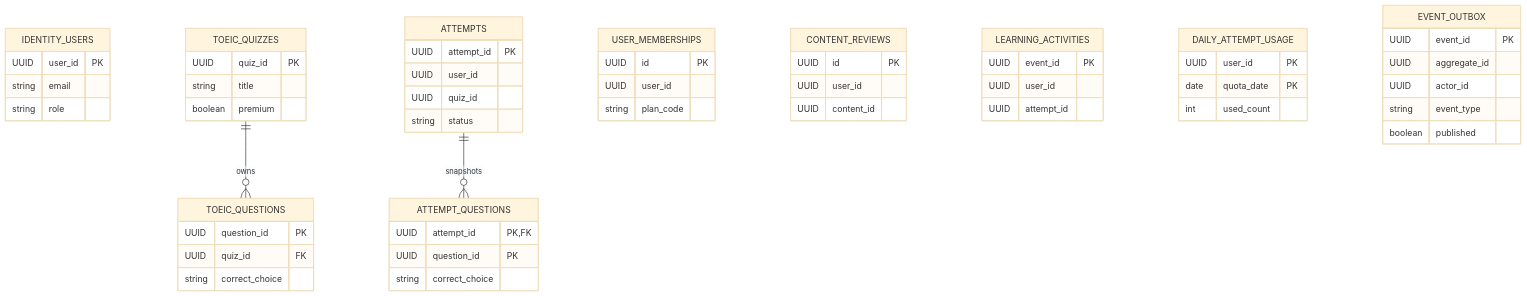
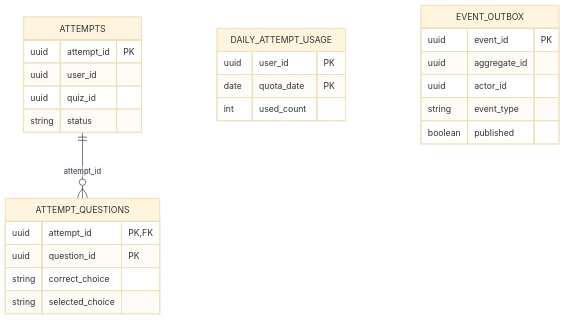
Before and after one commit to chienvoxn/toeic-learning-platform-microservices: the fourth of 6 diagrams in docs/REPORT_TEMPLATE.md, drawn with Mermaid (base theme). The commit also changed other lines of this file and 3 other files, not shown here.

Commit message:
docs(architecture): complete ADD QAS C4 ERD RBAC and QA03 sequence

````diff
--- a/docs/REPORT_TEMPLATE.md
+++ b/docs/REPORT_TEMPLATE.md
@@ -50,38 +134,28 @@
 ```mermaid
 erDiagram
- IDENTITY_USERS { UUID user_id PK
-   string email
-   string role }
- TOEIC_QUIZZES { UUID quiz_id PK
-   string title
-   boolean premium }
- TOEIC_QUESTIONS { UUID question_id PK
-   UUID quiz_id FK
-   string correct_choice }
- ATTEMPTS { UUID attempt_id PK
-   UUID user_id
-   UUID quiz_id
-   string status }
- ATTEMPT_QUESTIONS { UUID attempt_id PK,FK
-   UUID question_id PK
-   string correct_choice }
- USER_MEMBERSHIPS { UUID id PK
-   UUID user_id
-   string plan_code }
- CONTENT_REVIEWS { UUID id PK
-   UUID user_id
-   UUID content_id }
- LEARNING_ACTIVITIES { UUID event_id PK
-   UUID user_id
-   UUID attempt_id }
- DAILY_ATTEMPT_USAGE { UUID user_id PK
+ ATTEMPTS {
+   uuid attempt_id PK
+   uuid user_id
+   uuid quiz_id
+   string status
+ }
+ ATTEMPT_QUESTIONS {
+   uuid attempt_id PK,FK
+   uuid question_id PK
+   string correct_choice
+   string selected_choice
+ }
+ DAILY_ATTEMPT_USAGE {
+   uuid user_id PK
    date quota_date PK
-   int used_count }
- EVENT_OUTBOX { UUID event_id PK
-   UUID aggregate_id
-   UUID actor_id
+   int used_count
+ }
+ EVENT_OUTBOX {
+   uuid event_id PK
+   uuid aggregate_id
+   uuid actor_id
    string event_type
-   boolean published }
- TOEIC_QUIZZES ||--o{ TOEIC_QUESTIONS : owns
- ATTEMPTS ||--o{ ATTEMPT_QUESTIONS : snapshots
+   boolean published
+ }
+ ATTEMPTS ||--o{ ATTEMPT_QUESTIONS : attempt_id
 ```
````
